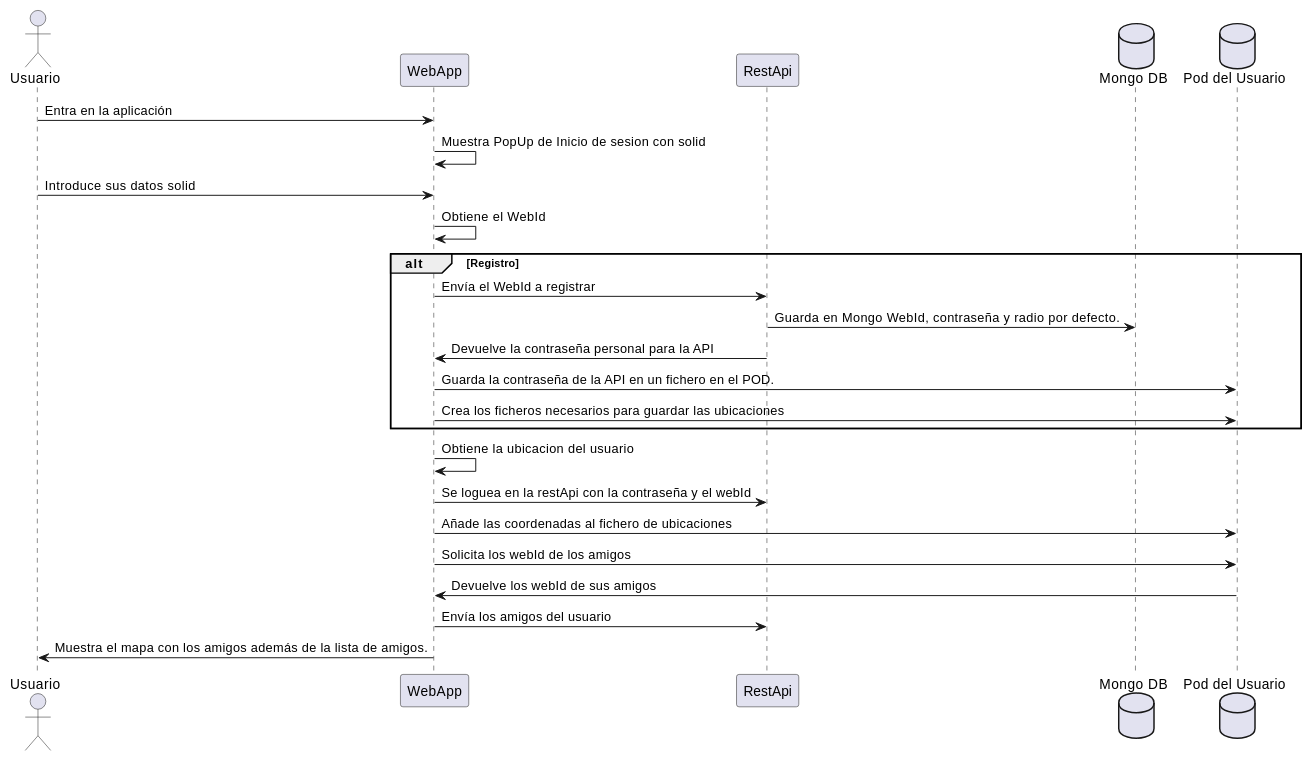
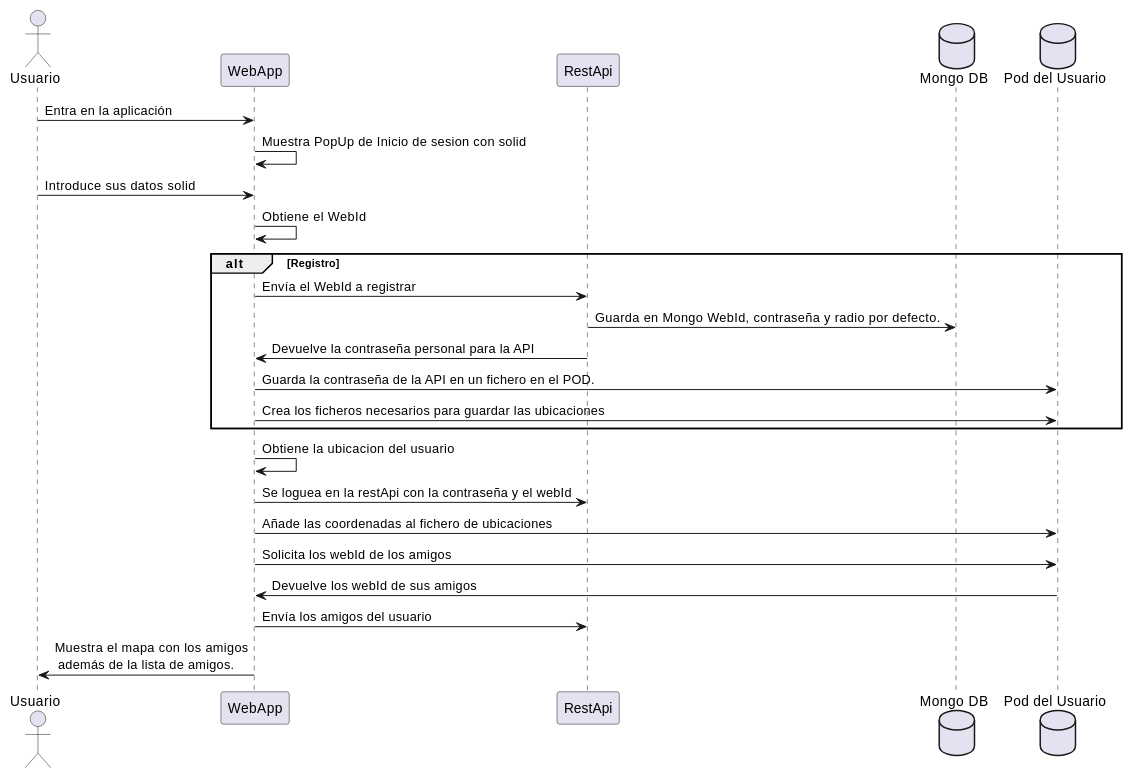
One commit to Arquisoft/radarin_es5b changed the first of 6 diagrams in webapp/docs/06_runtime_view.adoc. Above: the diagram before and after it, drawn with PlantUML. The commit also changed other lines of this file, not shown here.

```diff
--- a/webapp/docs/06_runtime_view.adoc
+++ b/webapp/docs/06_runtime_view.adoc
@@ -11,27 +11,27 @@
-[plantuml,"Sequence diagram login",png]
+[plantuml,"Sequence diagram register",png]
 ----
 actor Usuario
 participant WebApp
 participant RestApi
 database MongoDB as "Mongo DB"
 database Pod as "Pod del Usuario"
 
 Usuario->WebApp: Entra en la aplicación
 WebApp->WebApp: Muestra PopUp de Inicio de sesion con solid
 Usuario->WebApp: Introduce sus datos solid
 WebApp->WebApp: Obtiene el WebId
 alt Registro
 WebApp->RestApi: Envía el WebId a registrar
 RestApi->MongoDB: Guarda en Mongo WebId, contraseña y radio por defecto.
 RestApi->WebApp: Devuelve la contraseña personal para la API
 WebApp->Pod: Guarda la contraseña de la API en un fichero en el POD.
 WebApp->Pod: Crea los ficheros necesarios para guardar las ubicaciones
 end
 WebApp->WebApp: Obtiene la ubicacion del usuario
 WebApp->RestApi: Se loguea en la restApi con la contraseña y el webId
 WebApp->Pod: Añade las coordenadas al fichero de ubicaciones
 WebApp->Pod: Solicita los webId de los amigos
 Pod->WebApp: Devuelve los webId de sus amigos
 WebApp->RestApi: Envía los amigos del usuario
-WebApp->Usuario: Muestra el mapa con los amigos además de la lista de amigos.
+WebApp->Usuario: Muestra el mapa con los amigos\n además de la lista de amigos.
 ----
```
